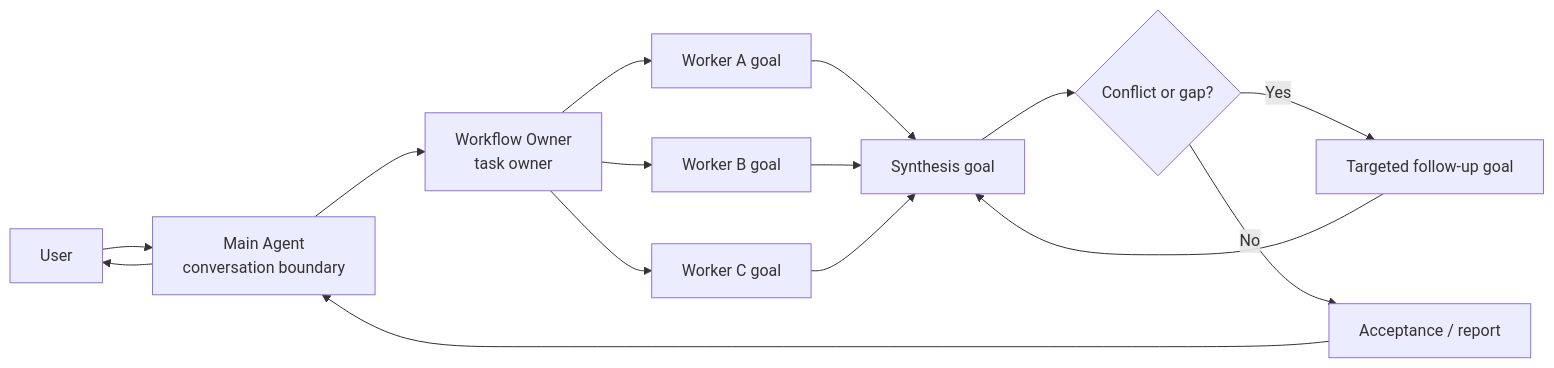
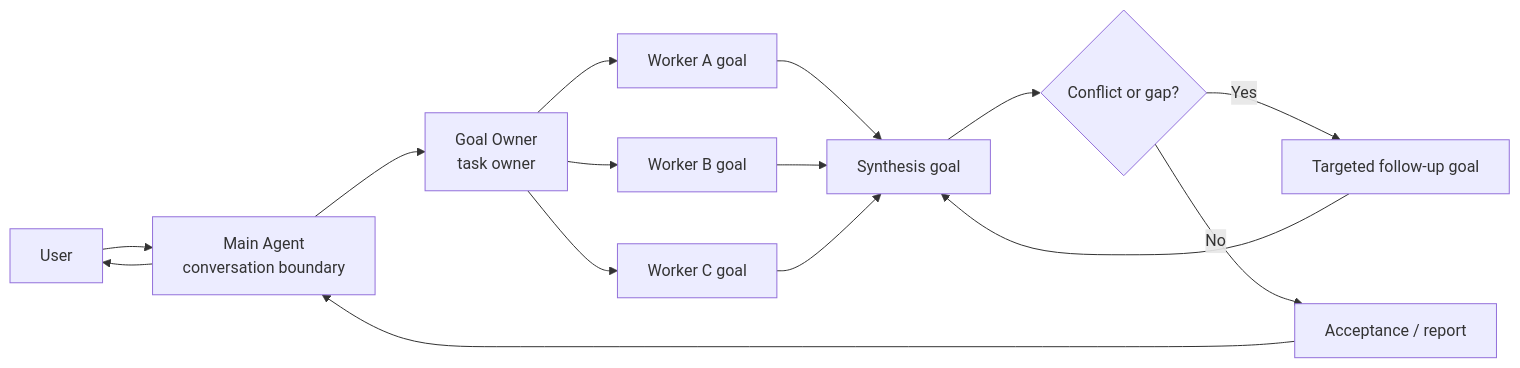
Before and after one commit to patrick-fu/parallel-goal-workflows: the second of 3 diagrams in README.md, drawn with Mermaid. The commit also changed other lines of this file and 7 other files, not shown here.

````diff
--- a/README.md
+++ b/README.md
@@ -122,17 +127,17 @@
 ```mermaid
 flowchart LR
   User["User"] --> Main["Main Agent<br/>conversation boundary"]
-  Main --> Owner["Workflow Owner<br/>task owner"]
+  Main --> Owner["Goal Owner<br/>task owner"]
   Owner --> A["Worker A goal"]
   Owner --> B["Worker B goal"]
   Owner --> C["Worker C goal"]
   A --> S["Synthesis goal"]
   B --> S
   C --> S
   S --> Decision{"Conflict or gap?"}
   Decision -- "Yes" --> Followup["Targeted follow-up goal"]
   Followup --> S
   Decision -- "No" --> Acceptance["Acceptance / report"]
   Acceptance --> Main
   Main --> User
 ```
````
